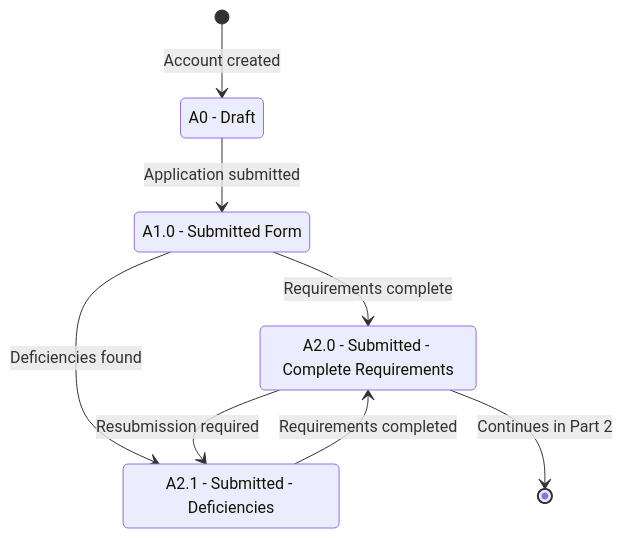
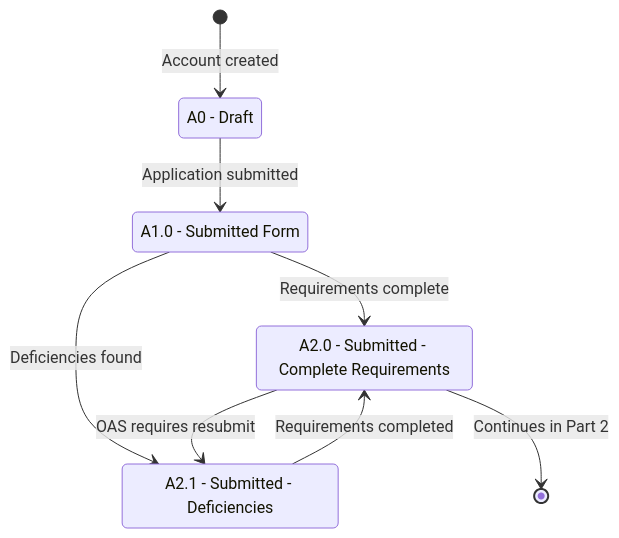
The diagram in documentation/mermaid_diagrams/applicant_status/applicant_status_part_1_account_to_submission.md (JeyyM/MSALGCM-Student-Journey), drawn with Mermaid before and after one commit. The commit also changed other lines of this file and 48 other files, not shown here.

````diff
--- a/documentation/mermaid_diagrams/applicant_status/applicant_status_part_1_account_to_submission.md
+++ b/documentation/mermaid_diagrams/applicant_status/applicant_status_part_1_account_to_submission.md
@@ -20,15 +20,15 @@
 ```mermaid
 stateDiagram-v2
     state "A0 - Draft" as A0
     state "A1.0 - Submitted Form" as A1_0
     state "A2.0 - Submitted - Complete Requirements" as A2_0
     state "A2.1 - Submitted - Deficiencies" as A2_1
 
     [*] --> A0: Account created
     A0 --> A1_0: Application submitted
     A1_0 --> A2_0: Requirements complete
     A1_0 --> A2_1: Deficiencies found
     A2_1 --> A2_0: Requirements completed
-    A2_0 --> A2_1: Resubmission required
+    A2_0 --> A2_1: OAS requires resubmit
     A2_0 --> [*]: Continues in Part 2
 ```
````
